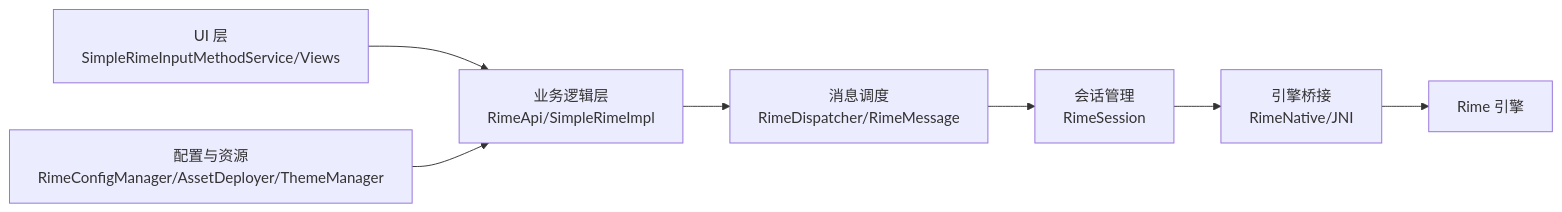
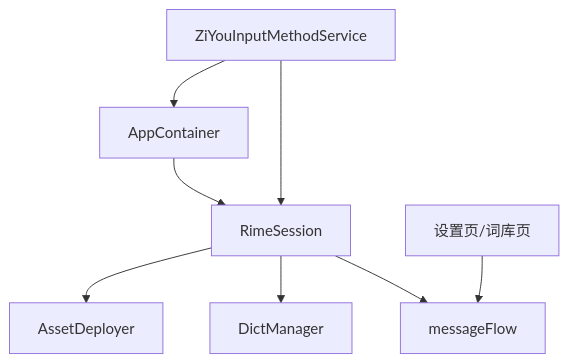
Before and after one commit to qiaodashaoye/ziyou-ime: the eighth of 9 diagrams in .qoder/repowiki/zh/content/架构设计/整体架构概览.md, drawn with Mermaid. The commit also changed other lines of this file and 407 other files, not shown here.

````diff
--- a/.qoder/repowiki/zh/content/架构设计/整体架构概览.md
+++ b/.qoder/repowiki/zh/content/架构设计/整体架构概览.md
@@ -375,9 +336,10 @@
 ```mermaid
-graph LR
-UI["UI 层<br/>SimpleRimeInputMethodService/Views"] --> Biz["业务逻辑层<br/>RimeApi/SimpleRimeImpl"]
-Biz --> Msg["消息调度<br/>RimeDispatcher/RimeMessage"]
-Msg --> Sess["会话管理<br/>RimeSession"]
-Sess --> Eng["引擎桥接<br/>RimeNative/JNI"]
-Eng --> Rime["Rime 引擎"]
-Conf["配置与资源<br/>RimeConfigManager/AssetDeployer/ThemeManager"] --> Biz
+graph TB
+AC["AppContainer"] --> RS["RimeSession"]
+RS --> AD["AssetDeployer"]
+RS --> DM["DictManager"]
+IMS["ZiYouInputMethodService"] --> AC
+IMS --> RS
+RS --> MSG["messageFlow"]
+UI["设置页/词库页"] --> MSG
 ```
````
